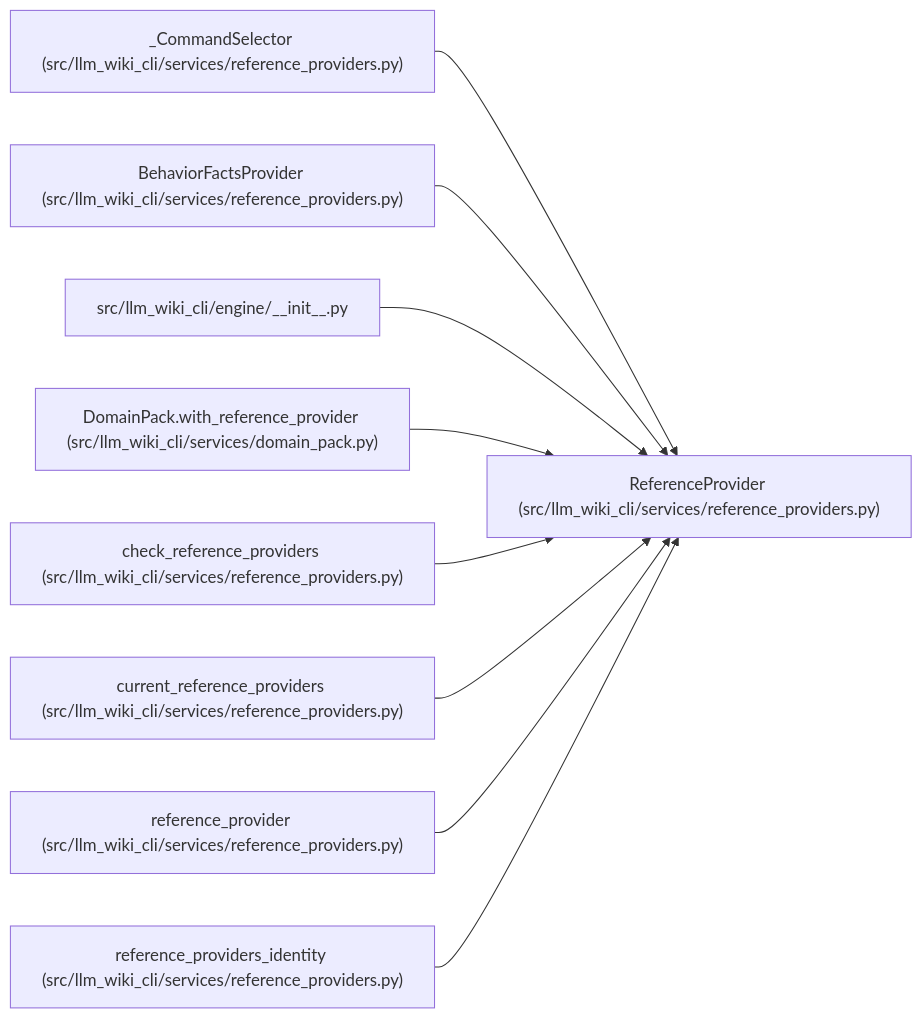
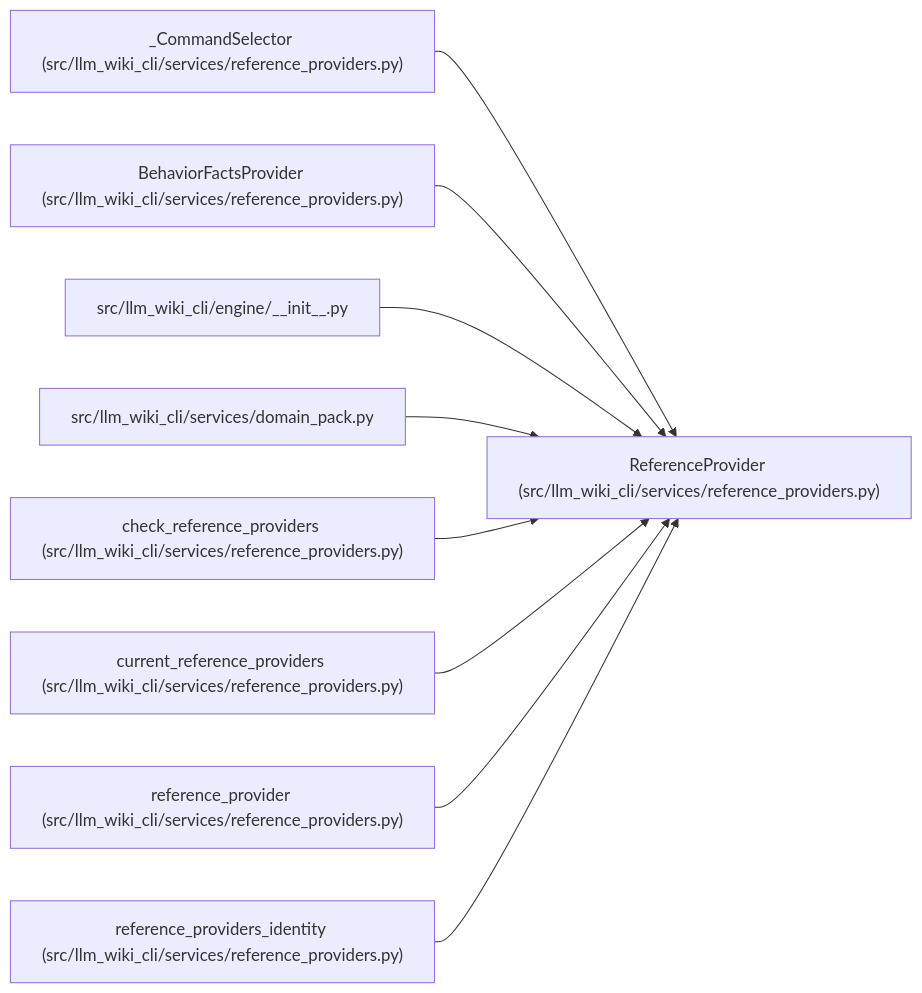
One commit to Denissvgn/python-wiki-llm changed the diagram in docs/llm_wiki/entities/ReferenceProvider.md. Above: the diagram before and after it, drawn with Mermaid. The commit also changed other lines of this file and 719 other files, not shown here.

````diff
--- a/docs/llm_wiki/entities/ReferenceProvider.md
+++ b/docs/llm_wiki/entities/ReferenceProvider.md
@@ -38,29 +38,29 @@
 ```mermaid
 flowchart LR
     n0["ReferenceProvider (src/llm_wiki_cli/services/reference_providers.py)"]
     n1["_CommandSelector (src/llm_wiki_cli/services/reference_providers.py)"]
     n2["BehaviorFactsProvider (src/llm_wiki_cli/services/reference_providers.py)"]
     n3["src/llm_wiki_cli/engine/__init__.py"]
-    n4["DomainPack.with_reference_provider (src/llm_wiki_cli/services/domain_pack.py)"]
+    n4["src/llm_wiki_cli/services/domain_pack.py"]
     n5["check_reference_providers (src/llm_wiki_cli/services/reference_providers.py)"]
     n6["current_reference_providers (src/llm_wiki_cli/services/reference_providers.py)"]
     n7["reference_provider (src/llm_wiki_cli/services/reference_providers.py)"]
     n8["reference_providers_identity (src/llm_wiki_cli/services/reference_providers.py)"]
     n1 --> n0
     n2 --> n0
     n3 --> n0
     n4 --> n0
     n5 --> n0
     n6 --> n0
     n7 --> n0
     n8 --> n0
     click n0 "../modules/reference_providers.md"
     click n1 "../modules/reference_providers.md"
     click n2 "../modules/reference_providers.md"
     click n3 "../modules/engine___init__.md"
     click n4 "../modules/domain_pack.md"
     click n5 "../modules/reference_providers.md"
     click n6 "../modules/reference_providers.md"
     click n7 "../modules/reference_providers.md"
     click n8 "../modules/reference_providers.md"
 ```
````
